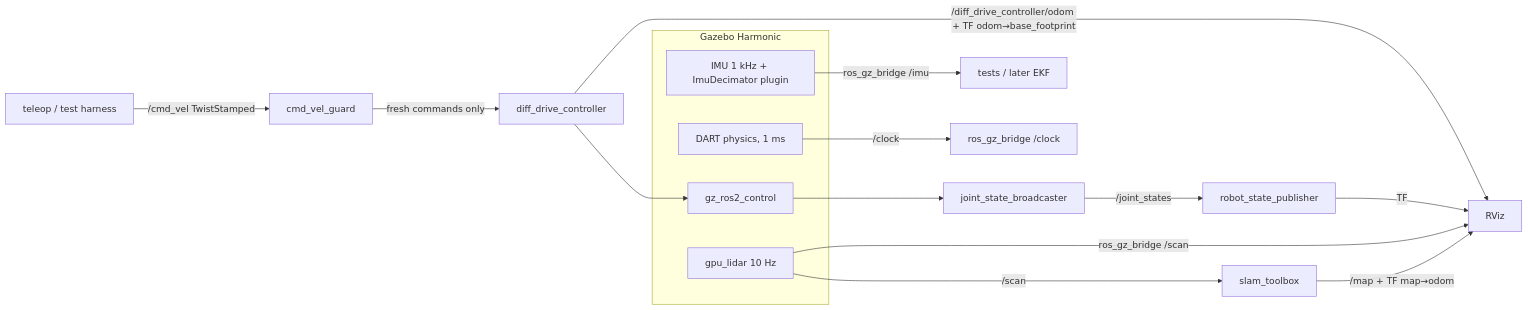
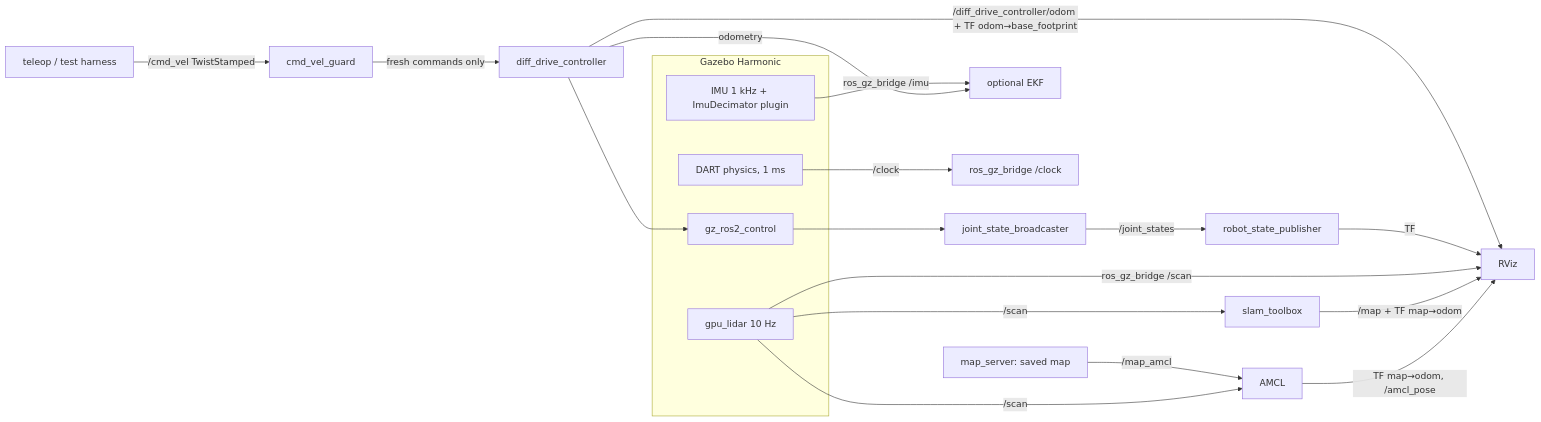
One commit to Nikhil-Jangid/smart-factory-amr changed the second of 3 diagrams in README.md. Above: the diagram before and after it, drawn with Mermaid. The commit also changed other lines of this file and 57 other files, not shown here.

````diff
--- a/README.md
+++ b/README.md
@@ -143,21 +155,25 @@
 ```mermaid
 flowchart LR
   subgraph Gazebo[Gazebo Harmonic]
     phys[DART physics, 1 ms]
     lidar[gpu_lidar 10 Hz]
     imu[IMU 1 kHz + ImuDecimator plugin]
     gzrc[gz_ros2_control]
   end
   teleop[teleop / test harness] -- /cmd_vel TwistStamped --> guard[cmd_vel_guard]
   guard -- fresh commands only --> ddc[diff_drive_controller]
   ddc --> gzrc
   gzrc --> jsb[joint_state_broadcaster]
   jsb -- /joint_states --> rsp[robot_state_publisher]
   ddc -- /diff_drive_controller/odom + TF odom→base_footprint --> rviz[RViz]
   rsp -- TF --> rviz
   lidar -- ros_gz_bridge /scan --> rviz
-  imu -- ros_gz_bridge /imu --> tests[tests / later EKF]
+  imu -- ros_gz_bridge /imu --> ekf[optional EKF]
+  ddc -- odometry --> ekf
   phys -- /clock --> bridge[ros_gz_bridge /clock]
   lidar -- /scan --> slam[slam_toolbox]
   slam -- /map + TF map→odom --> rviz
+  mapsrv[map_server: saved map] -- /map_amcl --> amcl[AMCL]
+  lidar -- /scan --> amcl
+  amcl -- TF map→odom, /amcl_pose --> rviz
 ```
````
